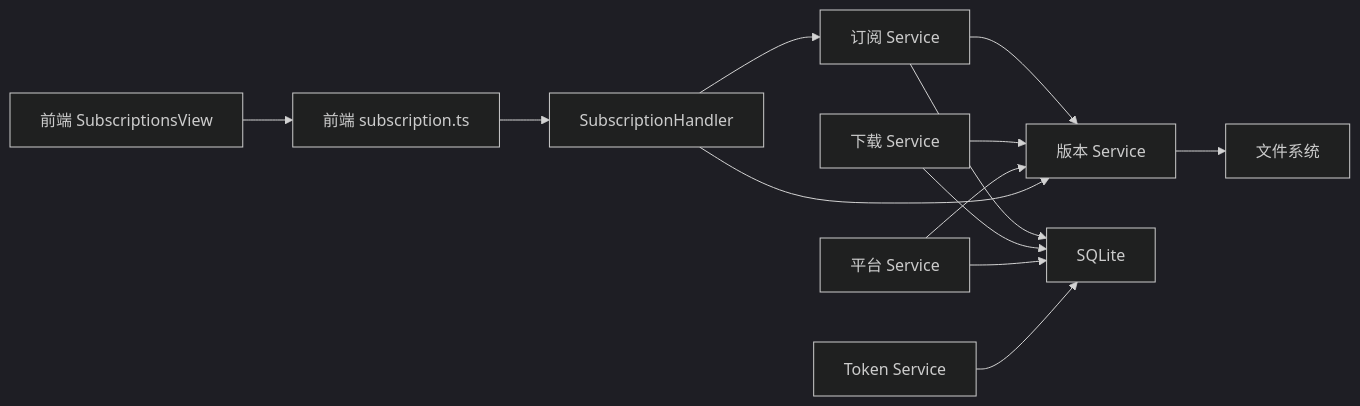
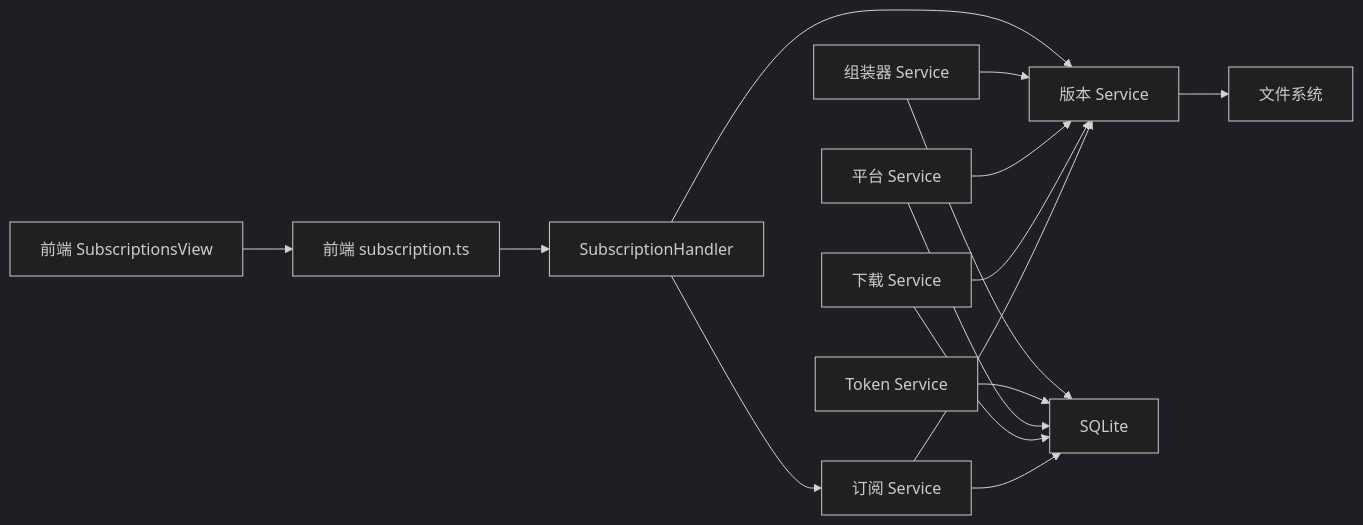
The eighth of 8 diagrams in .qoder/repowiki/zh/content/核心功能模块/订阅管理系统.md (AlcaProphet/VPN-Subscription-Management), drawn with Mermaid (dark theme) before and after one commit. The commit also changed other lines of this file and 109 other files, not shown here.

````diff
--- a/.qoder/repowiki/zh/content/核心功能模块/订阅管理系统.md
+++ b/.qoder/repowiki/zh/content/核心功能模块/订阅管理系统.md
@@ -325,15 +371,17 @@
 ```mermaid
 graph LR
 Sub["订阅 Service"] --> Ver["版本 Service"]
 Sub --> DB["SQLite"]
 Ver --> FS["文件系统"]
 DL["下载 Service"] --> Ver
 DL --> DB
 Plat["平台 Service"] --> Ver
 Plat --> DB
 Tok["Token Service"] --> DB
+Asm["组装器 Service"] --> Ver
+Asm --> DB
 FE["前端 SubscriptionsView"] --> API["前端 subscription.ts"]
 API --> Srv["SubscriptionHandler"]
 Srv --> Sub
 Srv --> Ver
 ```
````
